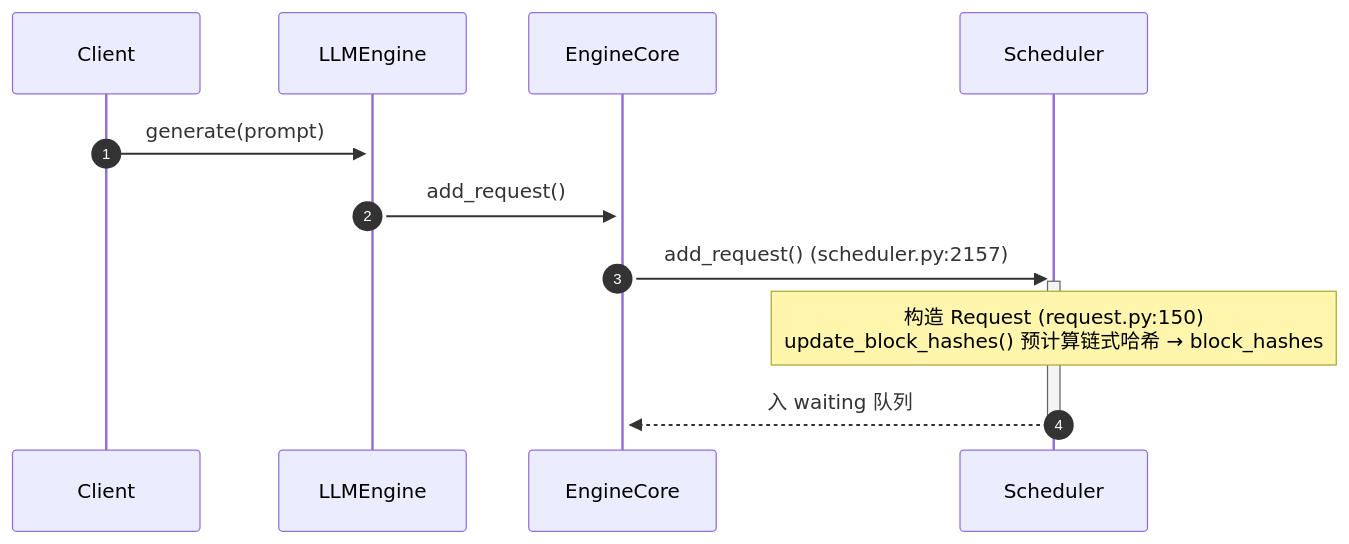
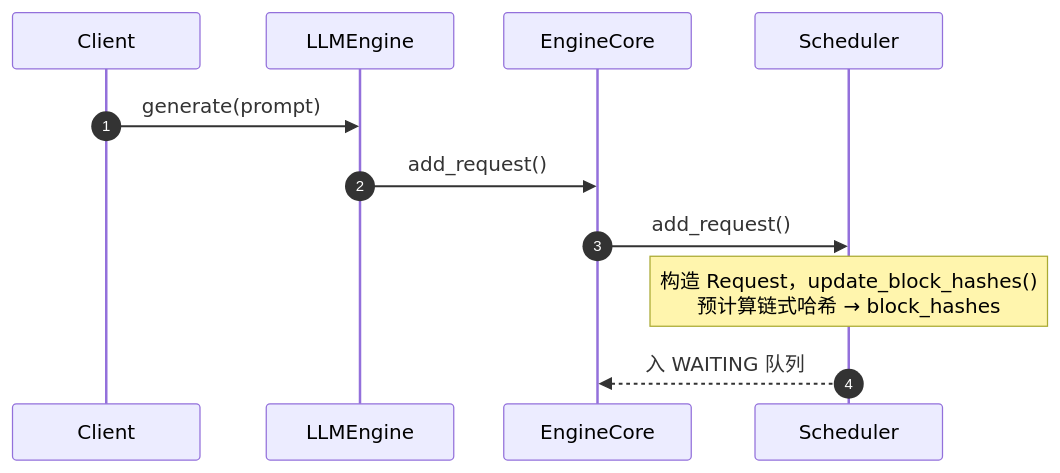
Before and after one commit to GoCHug/vllm: the third of 8 diagrams in vllm/v1/core/kvcache_docs/0_end_to_end_sequence.md, drawn with Mermaid. The commit also changed other lines of this file and 6 other files, not shown here.

````diff
--- a/vllm/v1/core/kvcache_docs/0_end_to_end_sequence.md
+++ b/vllm/v1/core/kvcache_docs/0_end_to_end_sequence.md
@@ -189,13 +200,14 @@
 ```mermaid
+%%{init: {"themeVariables": {"actorFontSize": "11px", "messageFontSize": "11px", "noteFontSize": "11px"}, "sequence": {"actorMargin": 40, "messageMargin": 16, "noteMargin": 8, "boxMargin": 8, "boxTextMargin": 4, "messageAlign": "center", "mirrorActors": true, "height": 45}}}%%
 sequenceDiagram
     autonumber
-    participant C as Client
-    participant LE as LLMEngine
-    participant EC as EngineCore
-    participant S as Scheduler
-    C->>+LE: generate(prompt)
-    LE->>+EC: add_request()
-    EC->>+S: add_request()   (scheduler.py:2157)
-    Note over S: 构造 Request (request.py:150)<br/>update_block_hashes() 预计算链式哈希 → block_hashes
-    S-->>-EC: 入 waiting 队列
+    participant Client
+    participant LLMEngine
+    participant EngineCore
+    participant Scheduler
+    Client->>LLMEngine: generate(prompt)
+    LLMEngine->>EngineCore: add_request()
+    EngineCore->>Scheduler: add_request()
+    Note over Scheduler: 构造 Request，update_block_hashes()<br/>预计算链式哈希 → block_hashes
+    Scheduler-->>EngineCore: 入 WAITING 队列
 ```
````
